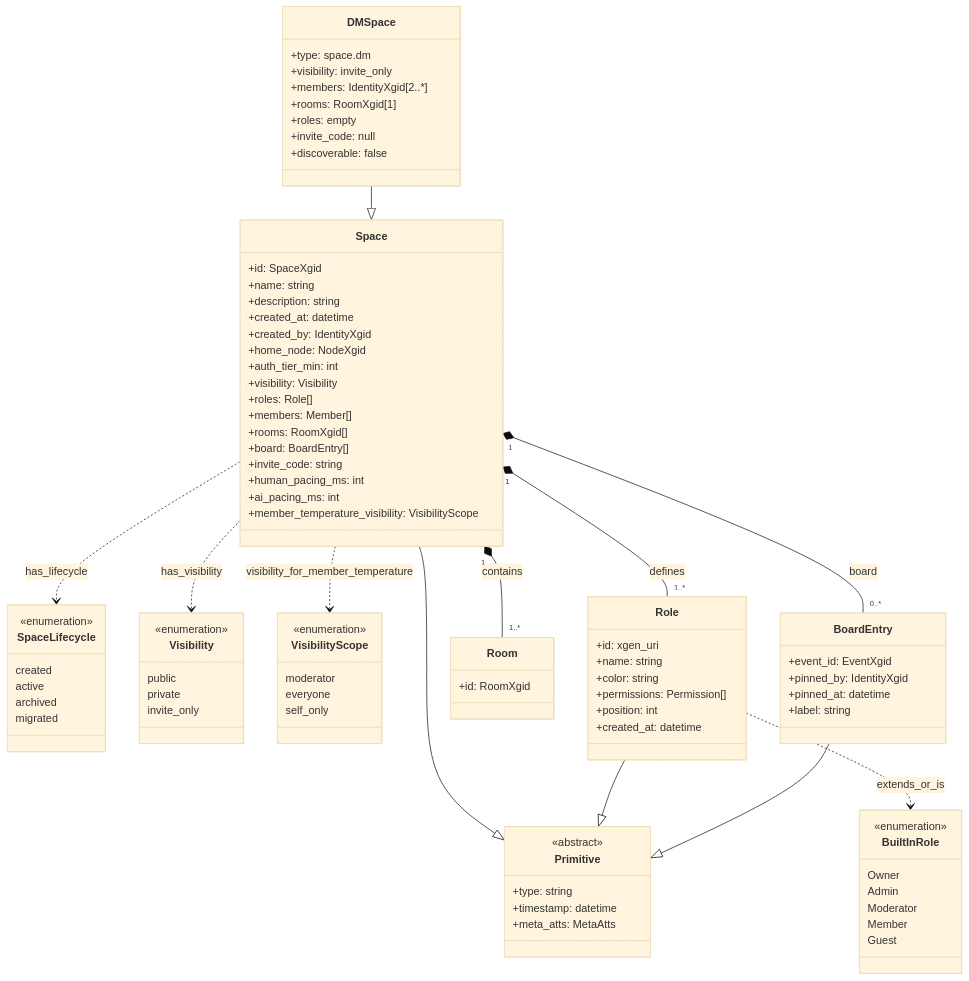
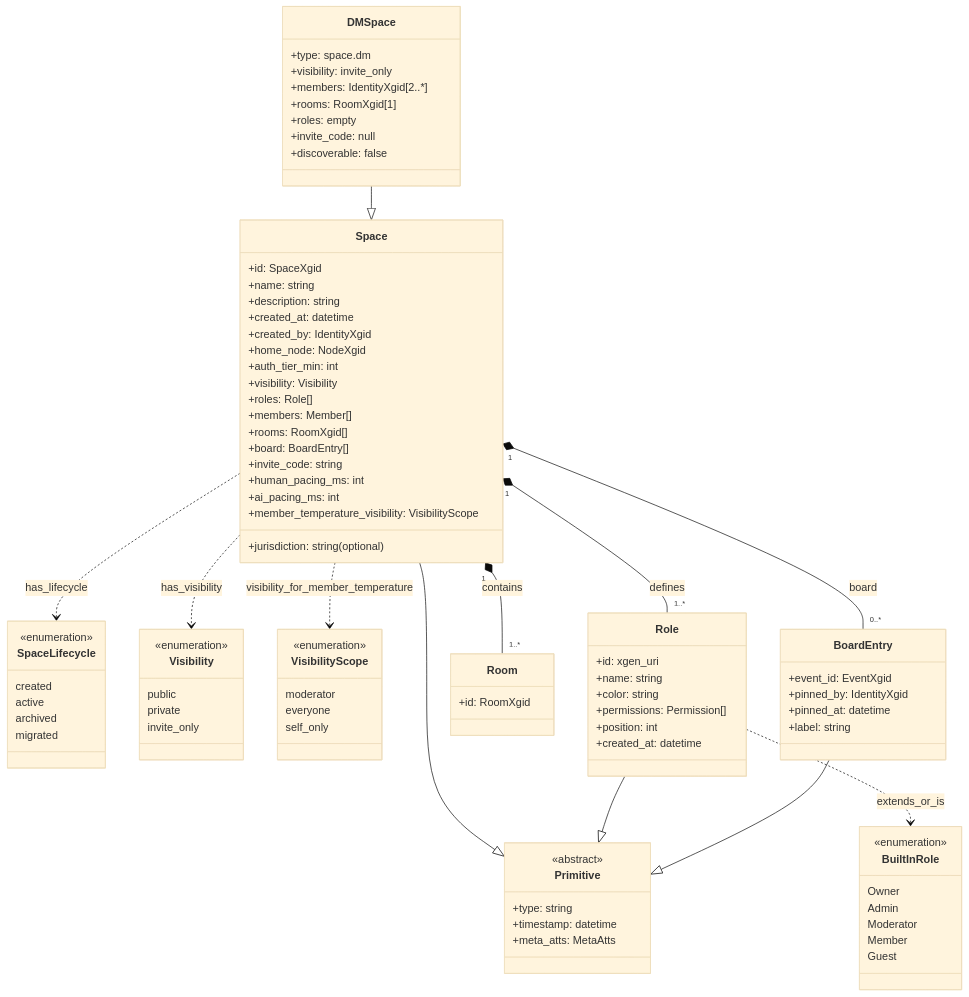
One commit to ianus777/XGenProtocol changed the seventh of 16 diagrams in docs/xgen_appendix_c_en.md. Above: the diagram before and after it, drawn with Mermaid (base theme). The commit also changed other lines of this file and 49 other files, not shown here.

```diff
--- a/docs/xgen_appendix_c_en.md
+++ b/docs/xgen_appendix_c_en.md
@@ -569,6 +570,7 @@
         +human_pacing_ms: int
         +ai_pacing_ms: int
         +member_temperature_visibility: VisibilityScope
+        +jurisdiction: string (optional)
     }
     class DMSpace {
         +type: space.dm
```
